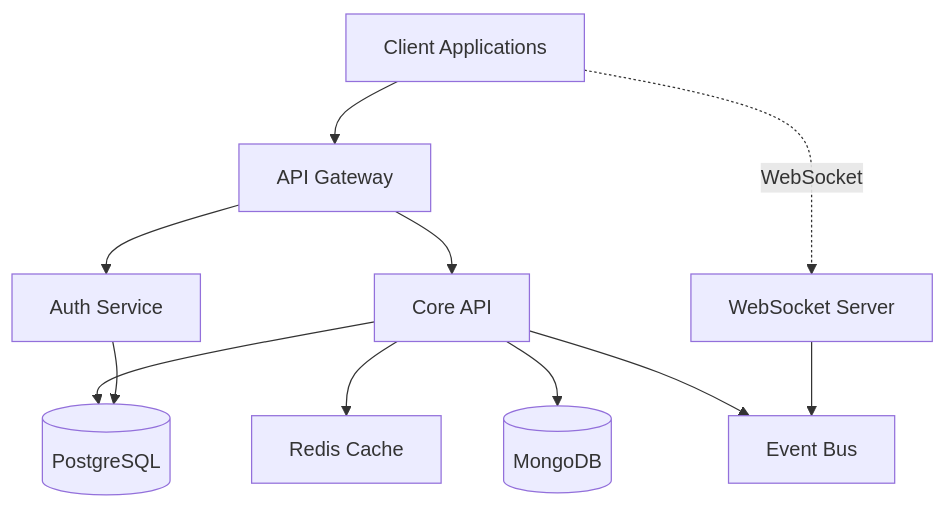
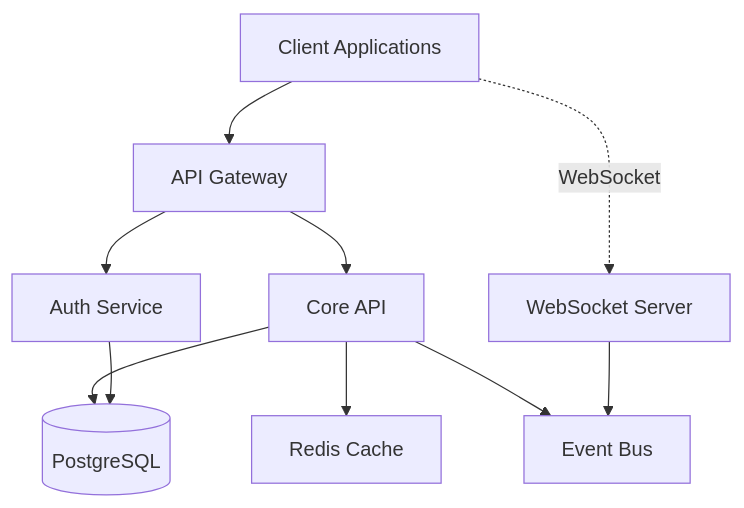
One commit to jairosoft-com/template-expressjs-typescript-mongodb-pgsql-2025 changed the first of 6 diagrams in ARCHITECTURE.md. Above: the diagram before and after it, drawn with Mermaid. The commit also changed other lines of this file and 2 other files, not shown here.

````diff
--- a/ARCHITECTURE.md
+++ b/ARCHITECTURE.md
@@ -19,23 +29,21 @@
 ```mermaid
 graph TB
     Client[Client Applications]
     Gateway[API Gateway]
     Auth[Auth Service]
     Core[Core API]
     WS[WebSocket Server]
     Cache[Redis Cache]
     PG[(PostgreSQL)]
-    Mongo[(MongoDB)]
     EventBus[Event Bus]
     
     Client --> Gateway
     Gateway --> Auth
     Gateway --> Core
     Client -.->|WebSocket| WS
     Core --> Cache
     Core --> PG
-    Core --> Mongo
     Core --> EventBus
     WS --> EventBus
     Auth --> PG
 ```
````
